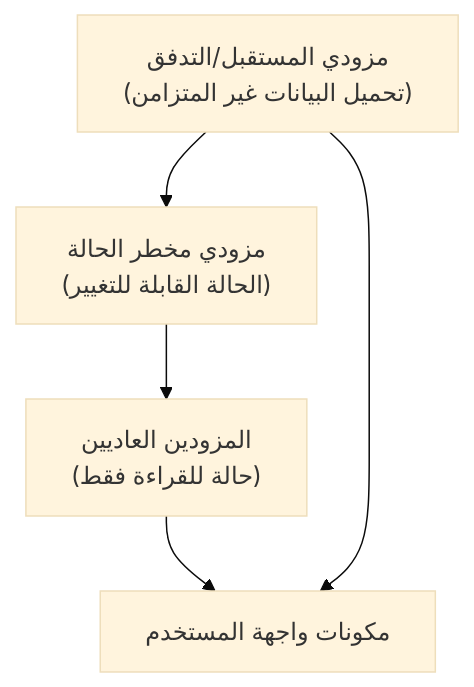
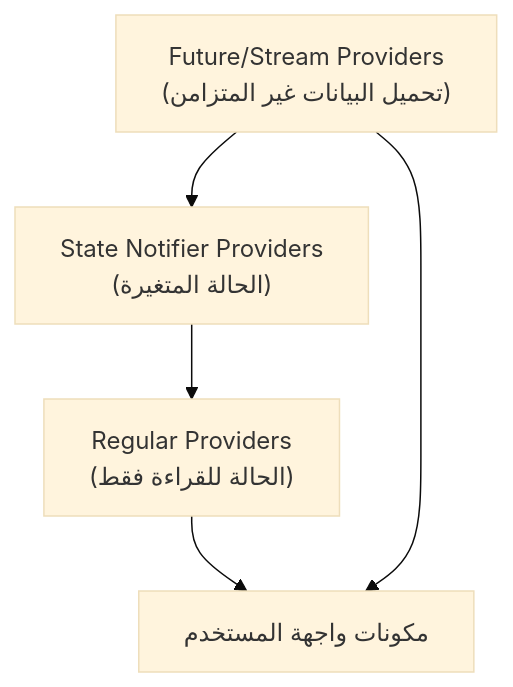
The second of 2 diagrams in lib/presentation/README-ar.md (GeniusSystems24/genius_store), drawn with Mermaid (base theme) before and after one commit. The commit also changed other lines of this file and 26 other files, not shown here.

````diff
--- a/lib/presentation/README-ar.md
+++ b/lib/presentation/README-ar.md
@@ -82,7 +82,7 @@
 ```mermaid
 flowchart TD
-    FP["مزودي المستقبل/التدفق\n(تحميل البيانات غير المتزامن)"] --> SP["مزودي مخطر الحالة\n(الحالة القابلة للتغيير)"]
-    SP --> P["المزودين العاديين\n(حالة للقراءة فقط)"]
+    FP["Future/Stream Providers\n(تحميل البيانات غير المتزامن)"] --> SP["State Notifier Providers\n(الحالة المتغيرة)"]
+    SP --> P["Regular Providers\n(الحالة للقراءة فقط)"]
     P --> UI["مكونات واجهة المستخدم"]
     FP --> UI
 ```
````
